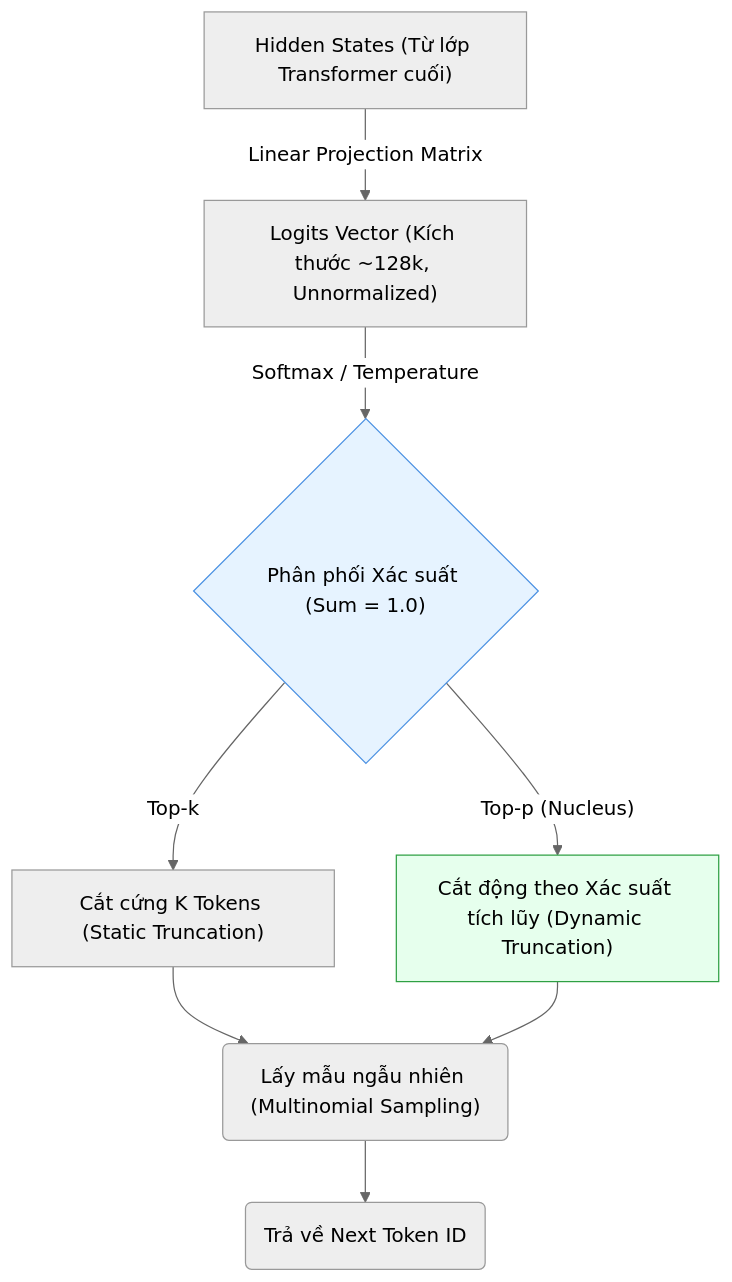
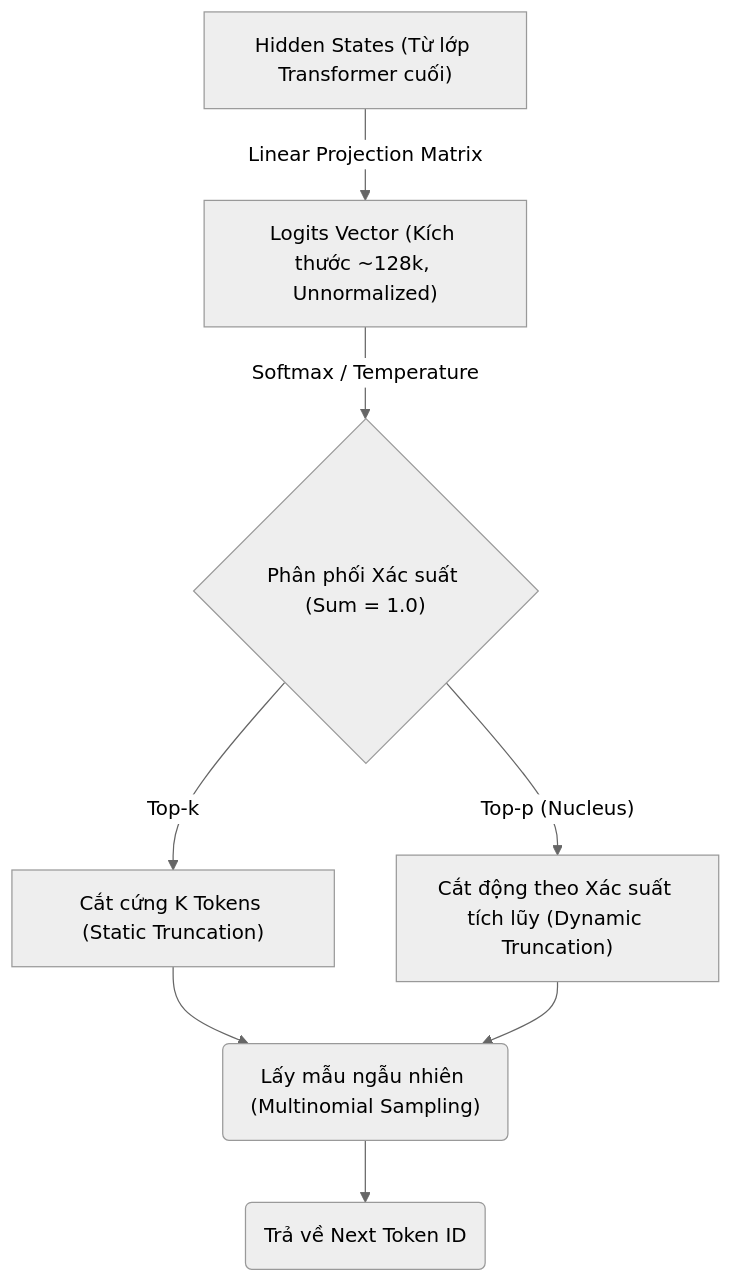
The diagram in src/content/docs/concepts/9-genai-machine-learning/top-p.md (kythuatdulieu/kythuatdulieu.github.io), drawn with Mermaid (neutral theme) before and after one commit. The commit also changed 686 other files, not shown here.

````diff
--- a/src/content/docs/concepts/9-genai-machine-learning/top-p.md
+++ b/src/content/docs/concepts/9-genai-machine-learning/top-p.md
@@ -28,13 +28,12 @@
 ```mermaid
 flowchart TD
     A["Hidden States (Từ lớp Transformer cuối)"] -->|Linear Projection Matrix| B["Logits Vector (Kích thước ~128k, Unnormalized)"]
     B -->|Softmax / Temperature| C{"Phân phối Xác suất (Sum = 1.0)"}
     C -->|Top-k| D["Cắt cứng K Tokens (Static Truncation)"]
     C -->|"Top-p (Nucleus)"| E["Cắt động theo Xác suất tích lũy (Dynamic Truncation)"]
     D --> F("Lấy mẫu ngẫu nhiên (Multinomial Sampling)")
     E --> F
     F --> G("Trả về Next Token ID")
-    
-    style E fill:#e6ffed,stroke:#2ea043
-    style C fill:#e6f3ff,stroke:#4a90e2
+
+
 ```
````
